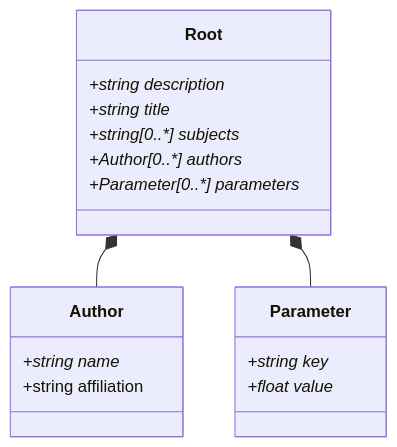
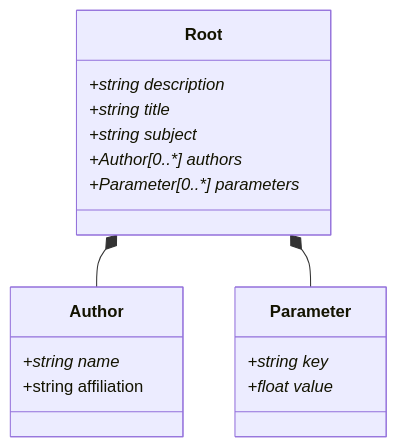
One commit to FAIRChemistry/EnzymePynetics changed the diagram in pyDataset/schemes/Dataset.md. Above: the diagram before and after it, drawn with Mermaid. The commit also changed 4 other files, not shown here.

````diff
--- a/pyDataset/schemes/Dataset.md
+++ b/pyDataset/schemes/Dataset.md
@@ -1,24 +1,24 @@
 ```mermaid
 classDiagram
     Root *-- Author
     Root *-- Parameter
     
     class Root {
         +string description*
         +string title*
-        +string[0..*] subjects*
+        +string subject*
         +Author[0..*] authors*
         +Parameter[0..*] parameters*
     }
     
     class Author {
         +string name*
         +string affiliation
     }
     
     class Parameter {
         +string key*
         +float value*
     }
     
 ```
````
